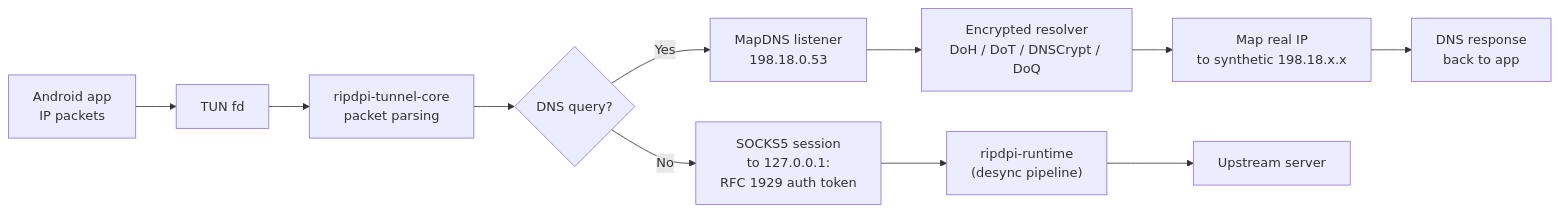
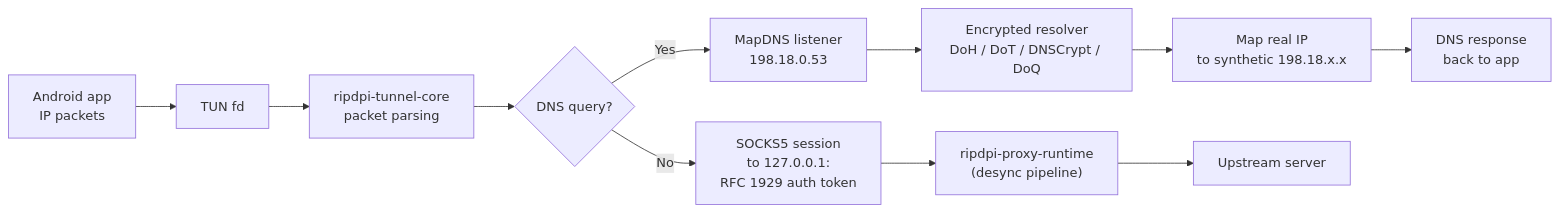
One commit to po4yka/RIPDPI changed the first of 3 diagrams in docs/native/tunnel.md. Above: the diagram before and after it, drawn with Mermaid. The commit also changed 24 other files, not shown here.

````diff
--- a/docs/native/tunnel.md
+++ b/docs/native/tunnel.md
@@ -15,13 +15,13 @@
 ```mermaid
 flowchart LR
     A["Android app\nIP packets"] --> B["TUN fd"]
     B --> C["ripdpi-tunnel-core\npacket parsing"]
     C --> D{"DNS query?"}
     D -- Yes --> E["MapDNS listener\n198.18.0.53"]
     D -- No --> F["SOCKS5 session\nto 127.0.0.1:<ephemeral port>\nRFC 1929 auth token"]
     E --> G["Encrypted resolver\nDoH / DoT / DNSCrypt / DoQ"]
     G --> H["Map real IP\nto synthetic 198.18.x.x"]
     H --> I["DNS response\nback to app"]
-    F --> J["ripdpi-runtime\n(desync pipeline)"]
+    F --> J["ripdpi-proxy-runtime\n(desync pipeline)"]
     J --> K["Upstream server"]
 ```
````
